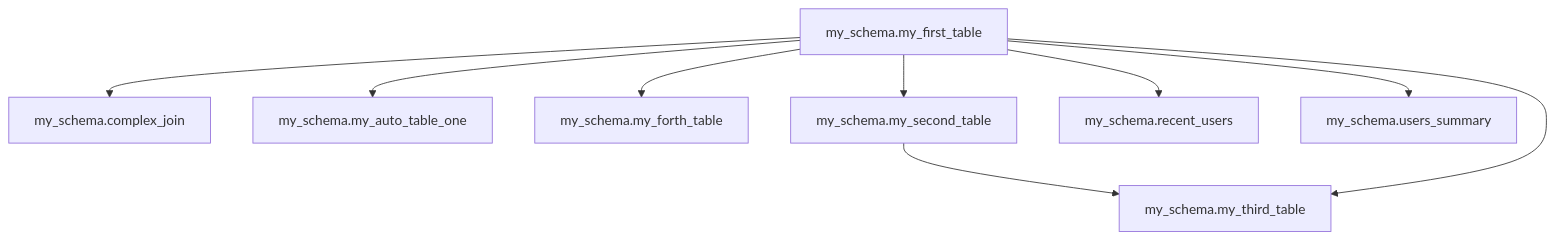
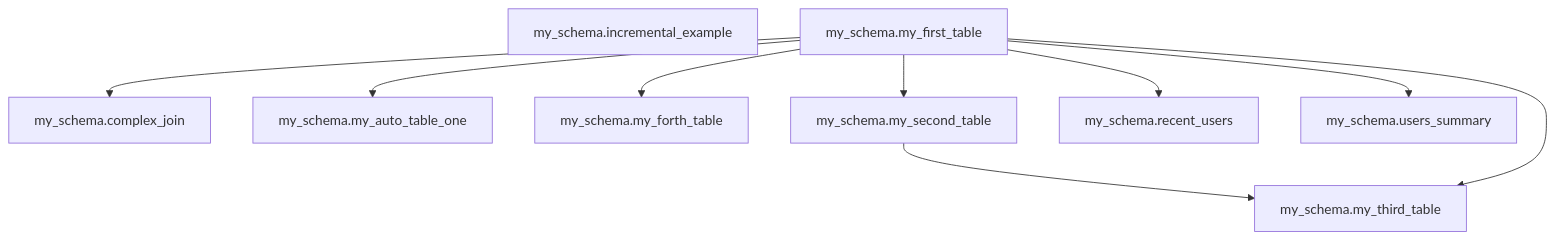
The diagram in t_project/output/dependency_report.md (francescomucio/tee-as-transformation), drawn with Mermaid before and after one commit. The commit also changed other lines of this file and 39 other files, not shown here.

````diff
--- a/t_project/output/dependency_report.md
+++ b/t_project/output/dependency_report.md
@@ -15,29 +15,31 @@
 ```mermaid
 graph TD
     my_schema_complex_join["my_schema.complex_join"]
+    my_schema_incremental_example["my_schema.incremental_example"]
     my_schema_my_auto_table_one["my_schema.my_auto_table_one"]
     my_schema_my_first_table["my_schema.my_first_table"]
     my_schema_my_forth_table["my_schema.my_forth_table"]
     my_schema_my_second_table["my_schema.my_second_table"]
     my_schema_my_third_table["my_schema.my_third_table"]
     my_schema_recent_users["my_schema.recent_users"]
     my_schema_users_summary["my_schema.users_summary"]
     my_schema_my_first_table --> my_schema_my_forth_table
     my_schema_my_first_table --> my_schema_my_second_table
     my_schema_my_second_table --> my_schema_my_third_table
     my_schema_my_first_table --> my_schema_my_third_table
     my_schema_my_first_table --> my_schema_users_summary
     my_schema_my_first_table --> my_schema_recent_users
     my_schema_my_first_table --> my_schema_complex_join
     my_schema_my_first_table --> my_schema_my_auto_table_one
 
     %% Execution Order:
-    %% 1. my_schema.my_first_table
-    %% 2. my_schema.my_forth_table
-    %% 3. my_schema.my_second_table
-    %% 4. my_schema.users_summary
-    %% 5. my_schema.recent_users
-    %% 6. my_schema.complex_join
-    %% 7. my_schema.my_auto_table_one
-    %% 8. my_schema.my_third_table
+    %% 1. my_schema.incremental_example
+    %% 2. my_schema.my_first_table
+    %% 3. my_schema.my_forth_table
+    %% 4. my_schema.my_second_table
+    %% 5. my_schema.users_summary
+    %% 6. my_schema.recent_users
+    %% 7. my_schema.complex_join
+    %% 8. my_schema.my_auto_table_one
+    %% 9. my_schema.my_third_table
 ```
````
